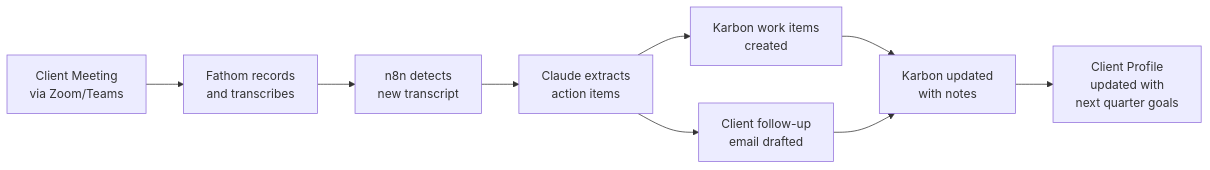
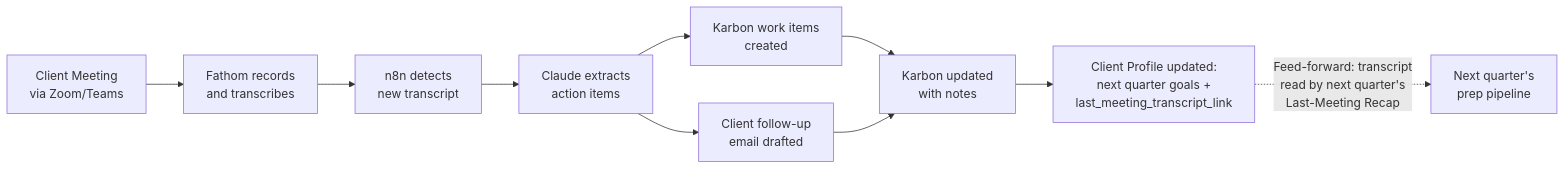
Diagram 22 of 27 in docs/quarterly-meeting-automation/05-Comprehensive-Workflow-Documentation.md (dkinvestments-art/n8n), drawn with Mermaid before and after one commit. The commit also changed other lines of this file, not shown here.

First line of the commit message:
docs: Upgrade comprehensive workflow doc to v2.0 full client intelligence

````diff
--- a/docs/quarterly-meeting-automation/05-Comprehensive-Workflow-Documentation.md
+++ b/docs/quarterly-meeting-automation/05-Comprehensive-Workflow-Documentation.md
@@ -968,11 +1255,12 @@
 ```mermaid
 flowchart LR
     MEET[Client Meeting<br/>via Zoom/Teams] --> FATHOM[Fathom records<br/>and transcribes]
     FATHOM --> N8N[n8n detects<br/>new transcript]
     N8N --> CLAUDE[Claude extracts<br/>action items]
     CLAUDE --> TASKS[Karbon work items<br/>created]
     CLAUDE --> EMAIL[Client follow-up<br/>email drafted]
     TASKS --> KARBON[Karbon updated<br/>with notes]
     EMAIL --> KARBON
-    KARBON --> PROFILE[Client Profile<br/>updated with<br/>next quarter goals]
+    KARBON --> PROFILE[Client Profile updated:<br/>next quarter goals +<br/>last_meeting_transcript_link]
+    PROFILE -.->|Feed-forward: transcript<br/>read by next quarter's<br/>Last-Meeting Recap| NEXT[Next quarter's<br/>prep pipeline]
 ```
````
